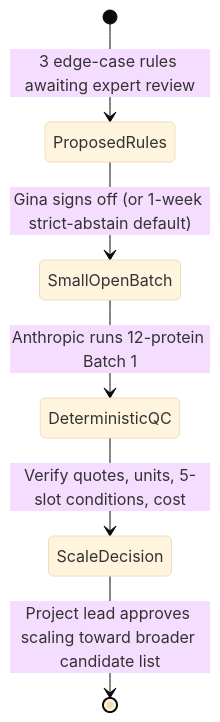
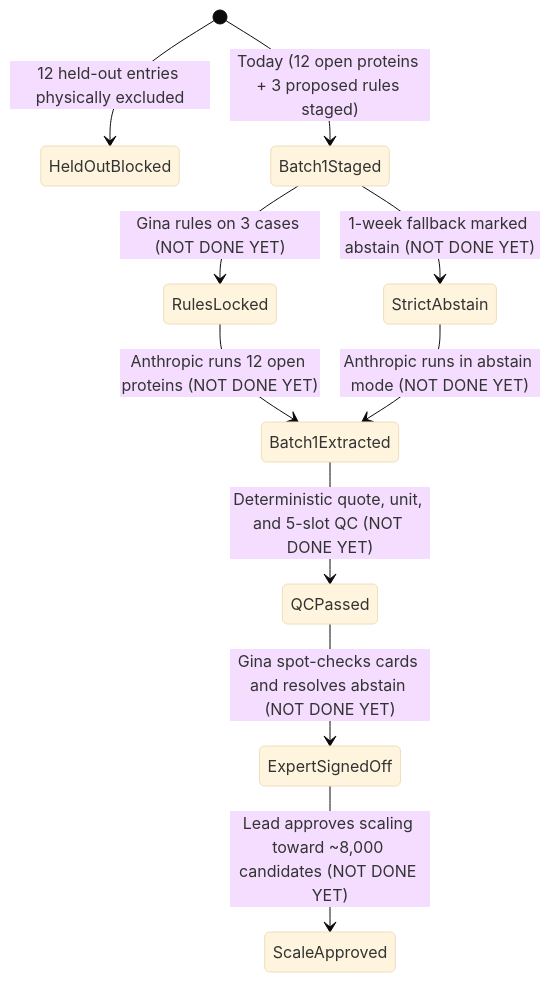
One commit to alex051107/dynamics-atlas-relaxdb changed the diagram in README.md. Above: the diagram before and after it, drawn with Mermaid (base theme). The commit also changed other lines of this file and 19 other files, not shown here.

````diff
--- a/README.md
+++ b/README.md
@@ -11,8 +38,12 @@
 ```mermaid
 stateDiagram-v2
-    [*] --> ProposedRules: 3 edge-case rules awaiting expert review
-    ProposedRules --> SmallOpenBatch: Gina signs off (or 1-week strict-abstain default)
-    SmallOpenBatch --> DeterministicQC: Anthropic runs 12-protein Batch 1
-    DeterministicQC --> ScaleDecision: Verify quotes, units, 5-slot conditions, cost
-    ScaleDecision --> [*]: Project lead approves scaling toward broader candidate list
+    [*] --> HeldOutBlocked: 12 held-out entries physically excluded
+    [*] --> Batch1Staged: Today (12 open proteins + 3 proposed rules staged)
+    Batch1Staged --> RulesLocked: Gina rules on 3 cases (NOT DONE YET)
+    Batch1Staged --> StrictAbstain: 1-week fallback marked abstain (NOT DONE YET)
+    RulesLocked --> Batch1Extracted: Anthropic runs 12 open proteins (NOT DONE YET)
+    StrictAbstain --> Batch1Extracted: Anthropic runs in abstain mode (NOT DONE YET)
+    Batch1Extracted --> QCPassed: Deterministic quote, unit, and 5-slot QC (NOT DONE YET)
+    QCPassed --> ExpertSignedOff: Gina spot-checks cards and resolves abstain (NOT DONE YET)
+    ExpertSignedOff --> ScaleApproved: Lead approves scaling toward ~8,000 candidates (NOT DONE YET)
 ```
````
